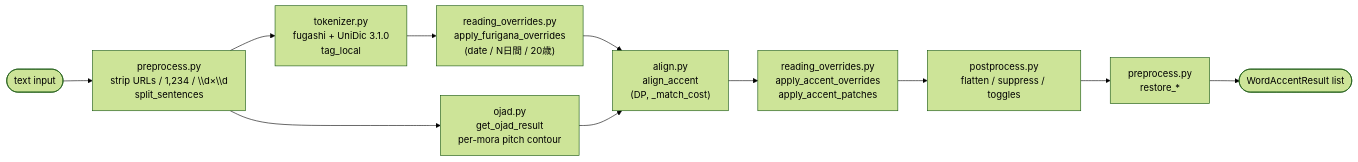
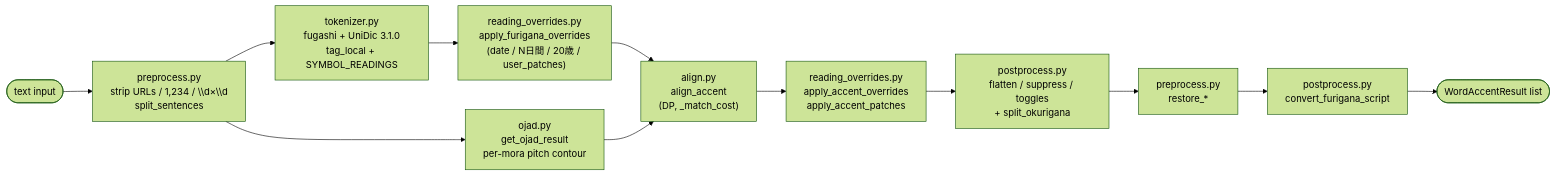
The diagram in api/accent/README.md (sessatakuma/API-tools), drawn with Mermaid (forest theme) before and after one commit. The commit also changed other lines of this file and 1 other file, not shown here.

````diff
--- a/api/accent/README.md
+++ b/api/accent/README.md
@@ -16,24 +16,26 @@
 ```mermaid
 flowchart LR
   text([text input])
   pre["preprocess.py<br/>strip URLs / 1,234 / \\d×\\d<br/>split_sentences"]
-  tok["tokenizer.py<br/>fugashi + UniDic 3.1.0<br/>tag_local"]
-  fov["reading_overrides.py<br/>apply_furigana_overrides<br/>(date / N日間 / 20歳)"]
+  tok["tokenizer.py<br/>fugashi + UniDic 3.1.0<br/>tag_local + SYMBOL_READINGS"]
+  fov["reading_overrides.py<br/>apply_furigana_overrides<br/>(date / N日間 / 20歳 / user_patches)"]
   ojad["ojad.py<br/>get_ojad_result<br/>per-mora pitch contour"]
   align["align.py<br/>align_accent<br/>(DP, _match_cost)"]
   aov["reading_overrides.py<br/>apply_accent_overrides<br/>apply_accent_patches"]
-  post["postprocess.py<br/>flatten / suppress / toggles"]
+  post["postprocess.py<br/>flatten / suppress / toggles<br/>+ split_okurigana"]
   restore["preprocess.py<br/>restore_*"]
+  script["postprocess.py<br/>convert_furigana_script"]
   out([WordAccentResult list])
 
   text --> pre
   pre --> tok
   tok --> fov
   fov --> align
   pre --> ojad
   ojad --> align
   align --> aov
   aov --> post
   post --> restore
-  restore --> out
+  restore --> script
+  script --> out
 ```
````
